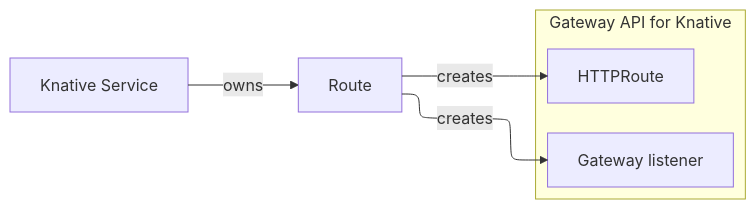
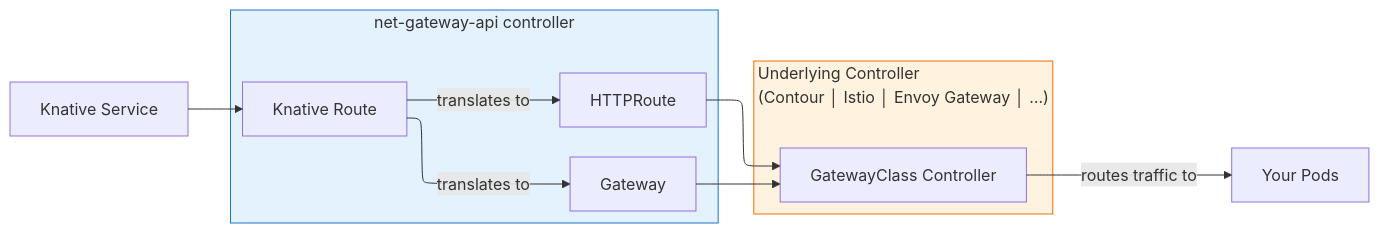
One commit to knative/docs changed the fifth of 5 diagrams in docs/versioned/serving/config-network-adapters.md. Above: the diagram before and after it, drawn with Mermaid. The commit also changed other lines of this file and 4 other files, not shown here.

````diff
--- a/docs/versioned/serving/config-network-adapters.md
+++ b/docs/versioned/serving/config-network-adapters.md
@@ -117,14 +112,24 @@
     ```mermaid
     ---
     config:
       layout: elk
       theme: default
     ---
     flowchart LR
-      subgraph s1["Gateway API for Knative"]
+     subgraph net-gateway-api["net-gateway-api&nbsp;controller"]
+            GW["Gateway"]
+            Route["Knative&nbsp;Route"]
             HR["HTTPRoute"]
-            GW["Gateway listener"]
       end
-        KSvc["Knative Service"] -- owns --> Route["Route"]
-                Route -- creates --> HR & GW
+     subgraph underlying["Underlying&nbsp;Controller<br>(Contour │ Istio │ Envoy Gateway │ …)"]
+        Controller["GatewayClass&nbsp;Controller"]
+      end
+        KSvc["Knative&nbsp;Service"] --> Route
+        Route -- translates&nbsp;to --> GW & HR
+        GW --> Controller
+        HR --> Controller
+        Controller -- routes&nbsp;traffic&nbsp;to --> Pods["Your&nbsp;Pods"]
+
+    style net-gateway-api fill:#e3f2fd,stroke:#1976d2
+    style underlying fill:#fff3e0,stroke:#ef6c00
     ```
````
